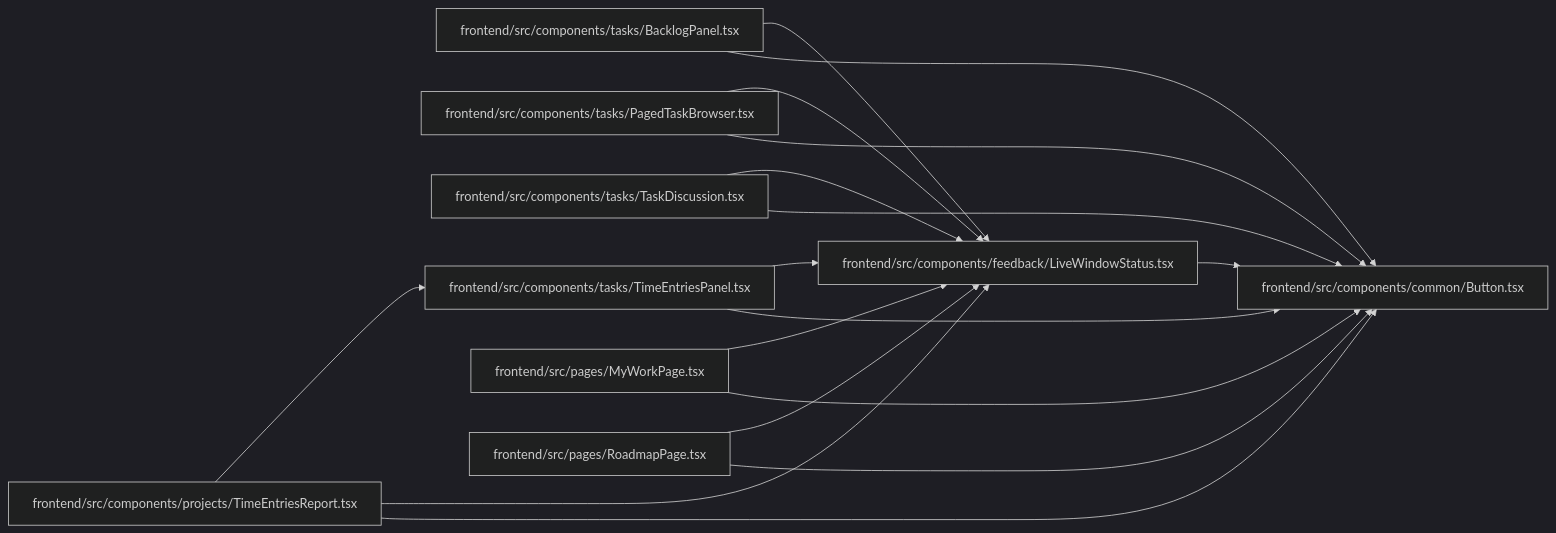
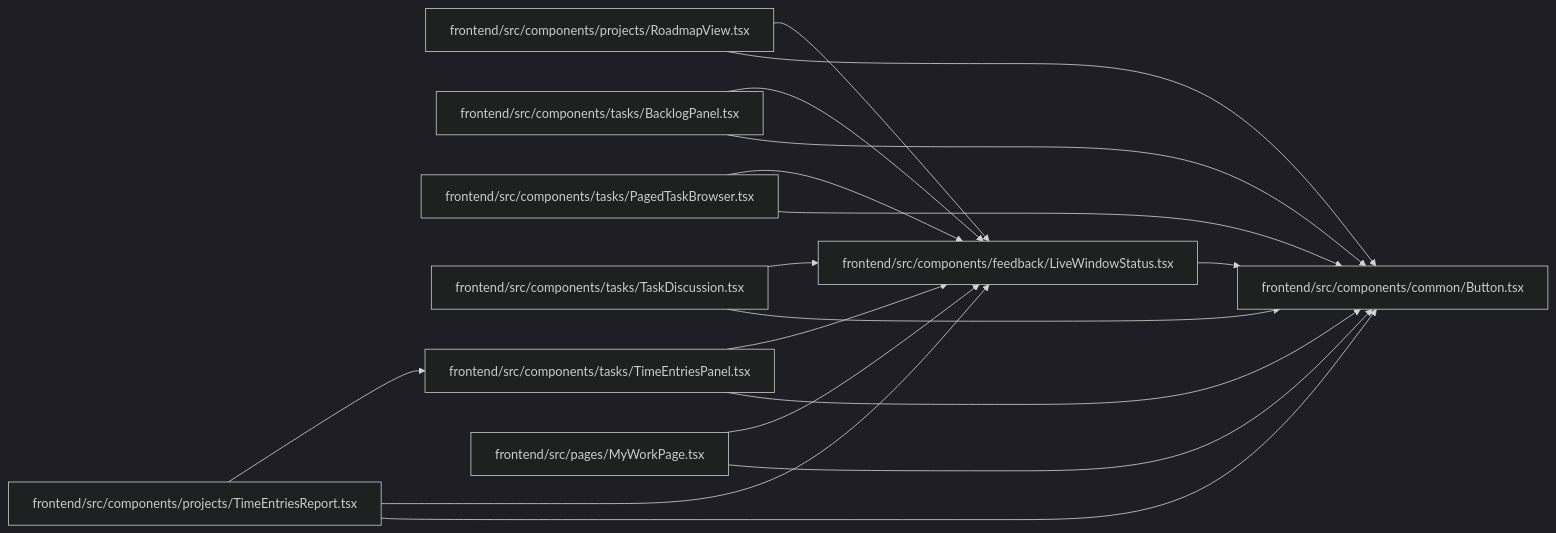
Before and after one commit to Denissvgn/WorkChord: the diagram in docs/llm_wiki/modules/LiveWindowStatus.md, drawn with Mermaid (dark theme). The commit also changed other lines of this file and 2373 other files, not shown here.

````diff
--- a/docs/llm_wiki/modules/LiveWindowStatus.md
+++ b/docs/llm_wiki/modules/LiveWindowStatus.md
@@ -25,37 +25,37 @@
 ```mermaid
 flowchart LR
     n0["frontend/src/components/common/Button.tsx"]
     n1["frontend/src/components/feedback/LiveWindowStatus.tsx"]
-    n2["frontend/src/components/projects/TimeEntriesReport.tsx"]
-    n3["frontend/src/components/tasks/BacklogPanel.tsx"]
-    n4["frontend/src/components/tasks/PagedTaskBrowser.tsx"]
-    n5["frontend/src/components/tasks/TaskDiscussion.tsx"]
-    n6["frontend/src/components/tasks/TimeEntriesPanel.tsx"]
-    n7["frontend/src/pages/MyWorkPage.tsx"]
-    n8["frontend/src/pages/RoadmapPage.tsx"]
+    n2["frontend/src/components/projects/RoadmapView.tsx"]
+    n3["frontend/src/components/projects/TimeEntriesReport.tsx"]
+    n4["frontend/src/components/tasks/BacklogPanel.tsx"]
+    n5["frontend/src/components/tasks/PagedTaskBrowser.tsx"]
+    n6["frontend/src/components/tasks/TaskDiscussion.tsx"]
+    n7["frontend/src/components/tasks/TimeEntriesPanel.tsx"]
+    n8["frontend/src/pages/MyWorkPage.tsx"]
     n1 --> n0
     n2 --> n0
     n2 --> n1
-    n2 --> n6
     n3 --> n0
     n3 --> n1
+    n3 --> n7
     n4 --> n0
     n4 --> n1
     n5 --> n0
     n5 --> n1
     n6 --> n0
     n6 --> n1
     n7 --> n0
     n7 --> n1
     n8 --> n0
     n8 --> n1
     click n0 "../modules/Button.md"
     click n1 "../modules/LiveWindowStatus.md"
-    click n2 "../modules/TimeEntriesReport.md"
-    click n3 "../modules/BacklogPanel.md"
-    click n4 "../modules/PagedTaskBrowser.md"
-    click n5 "../modules/TaskDiscussion.md"
-    click n6 "../modules/TimeEntriesPanel.md"
-    click n7 "../modules/MyWorkPage.md"
-    click n8 "../modules/RoadmapPage.md"
+    click n2 "../modules/RoadmapView.md"
+    click n3 "../modules/TimeEntriesReport.md"
+    click n4 "../modules/BacklogPanel.md"
+    click n5 "../modules/PagedTaskBrowser.md"
+    click n6 "../modules/TaskDiscussion.md"
+    click n7 "../modules/TimeEntriesPanel.md"
+    click n8 "../modules/MyWorkPage.md"
 ```
````
